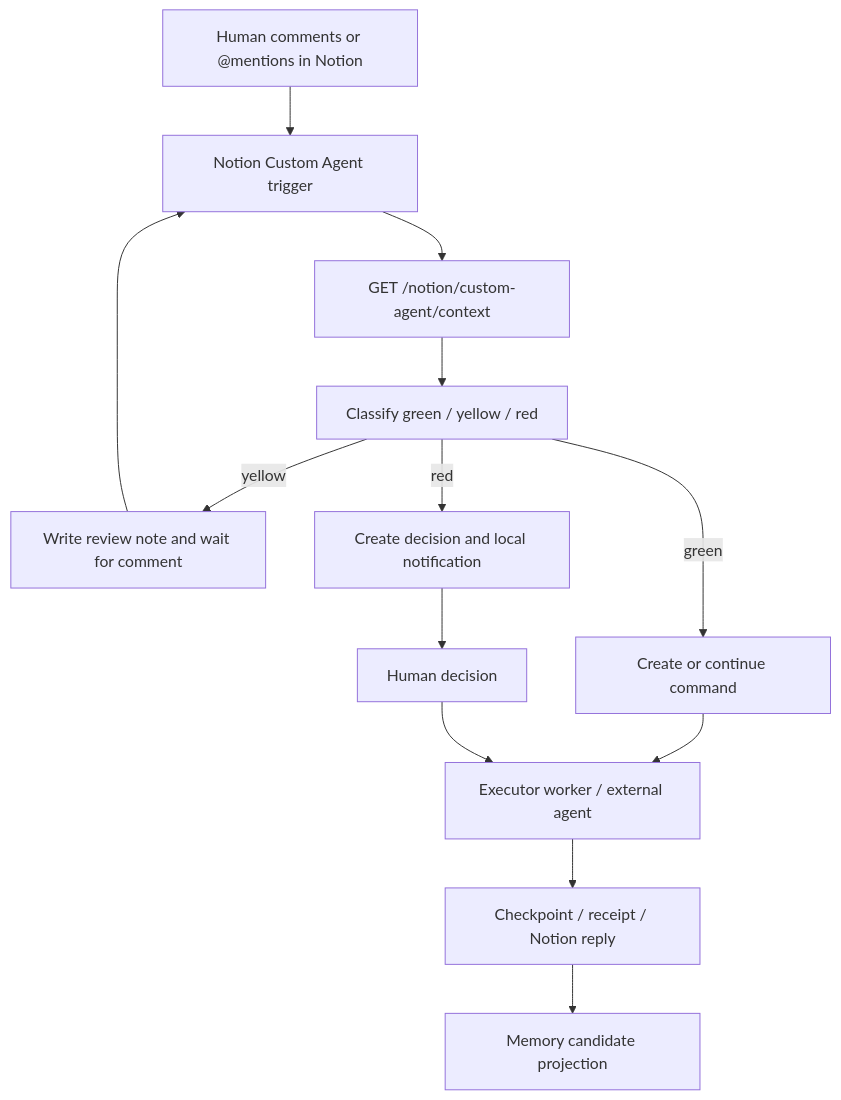
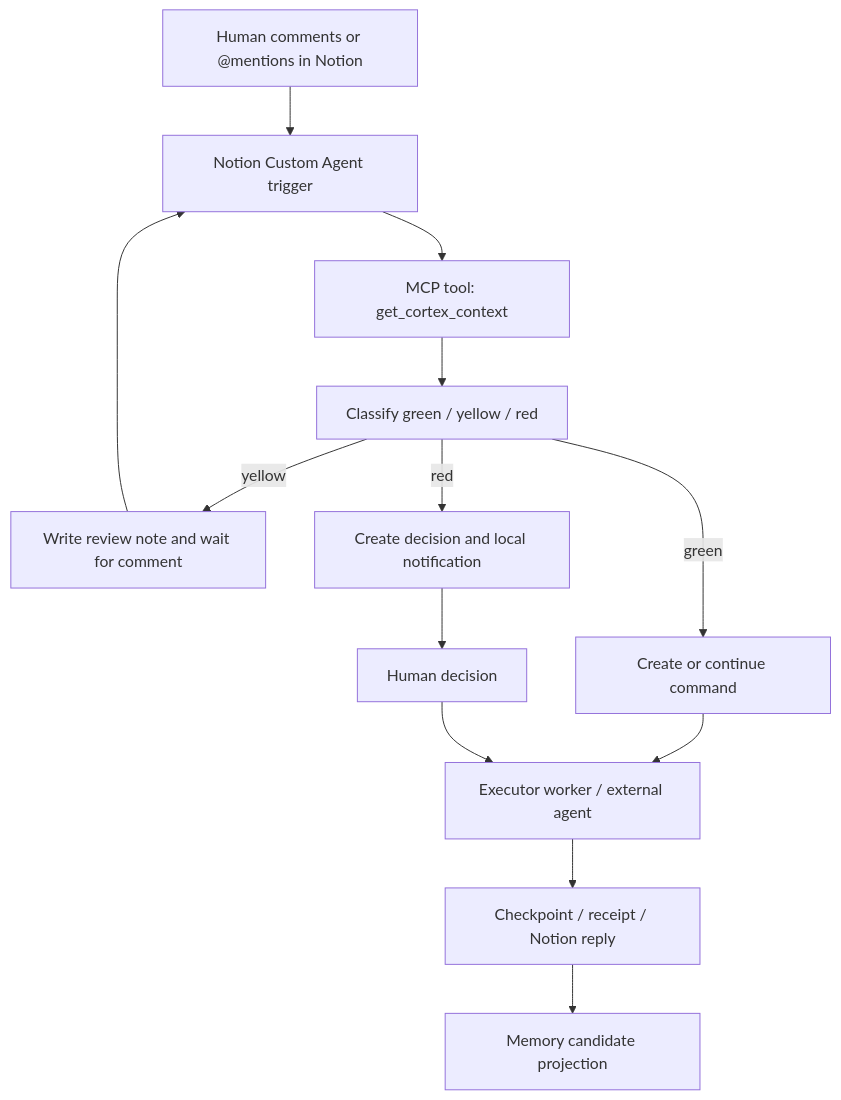
One commit to trikkago-cmyk/cortex-workflow-p0 changed the first of 2 diagrams in docs/notion-custom-agents-collaboration.md. Above: the diagram before and after it, drawn with Mermaid. The commit also changed other lines of this file and 72 other files, not shown here.

Commit message:
Finalize custom-agent MVP runtime hardening

````diff
--- a/docs/notion-custom-agents-collaboration.md
+++ b/docs/notion-custom-agents-collaboration.md
@@ -21,15 +21,15 @@
 ```mermaid
 flowchart TD
   A["Human comments or @mentions in Notion"] --> B["Notion Custom Agent trigger"]
-  B --> C["GET /notion/custom-agent/context"]
+  B --> C["MCP tool: get_cortex_context"]
   C --> D["Classify green / yellow / red"]
   D -->|green| E["Create or continue command"]
   D -->|yellow| F["Write review note and wait for comment"]
   D -->|red| G["Create decision and local notification"]
   E --> H["Executor worker / external agent"]
   F --> B
   G --> I["Human decision"]
   I --> H
   H --> J["Checkpoint / receipt / Notion reply"]
   J --> K["Memory candidate projection"]
 ```
````
